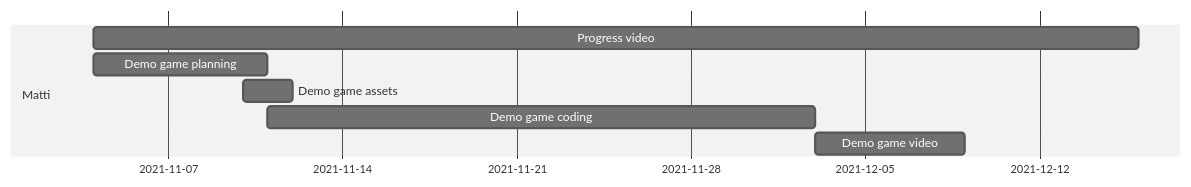
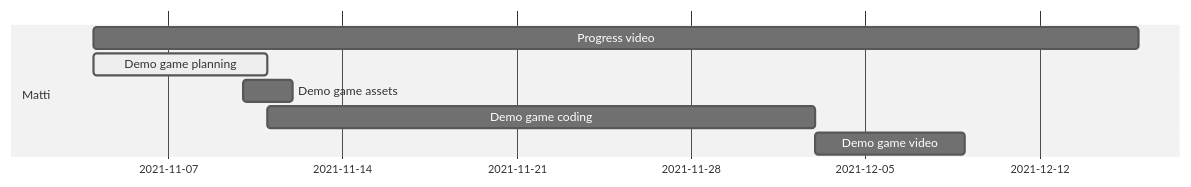
The fourth of 7 diagrams in docs/ProjectPlan.md (IlkkaTakala/Eril-Engine), drawn with Mermaid (neutral theme) before and after one commit. The commit also changed other lines of this file and 2 other files, not shown here.

Commit message:
Updated timelines and added readme

````diff
--- a/docs/ProjectPlan.md
+++ b/docs/ProjectPlan.md
@@ -86,11 +86,11 @@
 ```mermaid
 gantt
 dateFormat  DD-MM
 
 section Matti
 Progress video          :         mdes2, 04-11, 16-12
-Demo game planning      :         mdes4, 04-11, 11-11
+Demo game planning      :active,  mdes4, 04-11, 11-11
 Demo game assets        :         mdes5, 10-11, 12-11
 Demo game coding        :         mdes6, 11-11, 03-12
 Demo game video         :         mdes7, 03-12, 09-12
 ```
````
